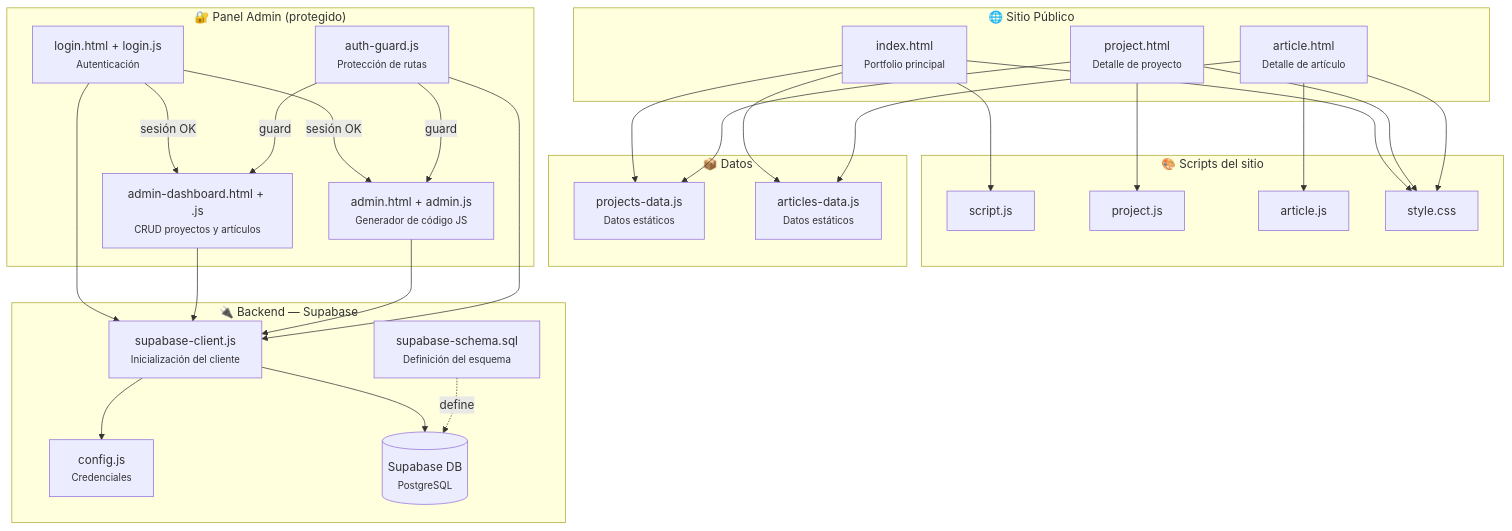
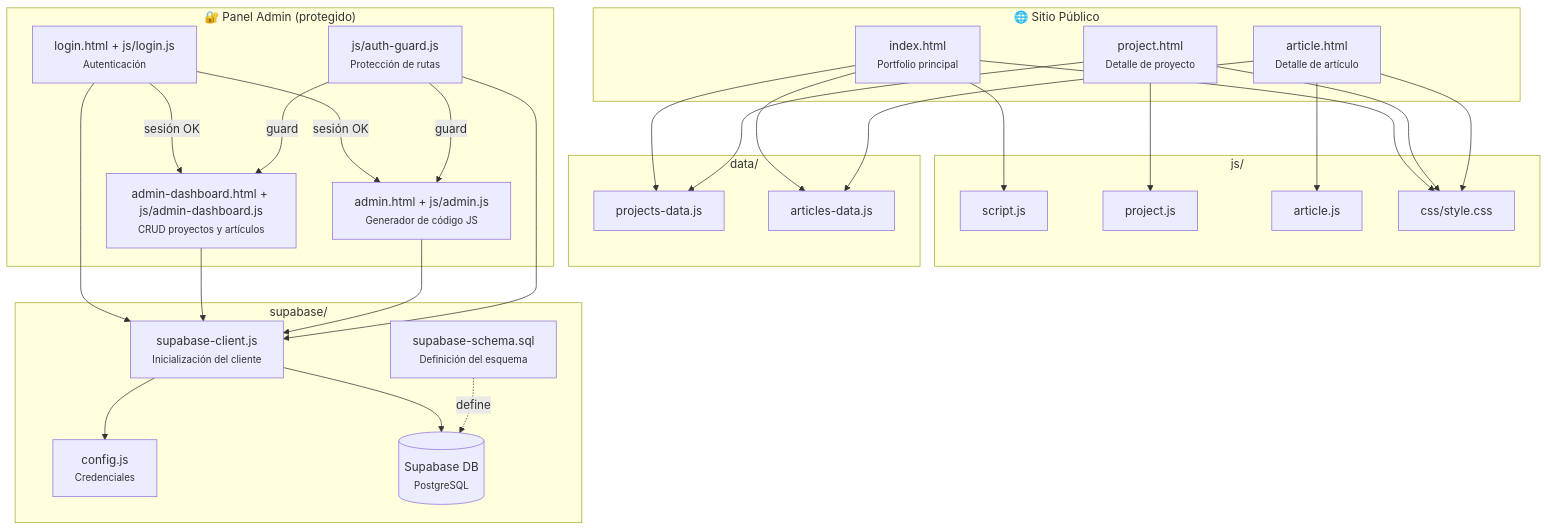
Before and after one commit to geramargonzalez/geramargonzalez.github.io: the diagram in README.md, drawn with Mermaid. The commit also changed other lines of this file and 21 other files, not shown here.

Commit message:
refactor: organize files into css/, js/, data/, supabase/ folders

````diff
--- a/README.md
+++ b/README.md
@@ -64,54 +62,54 @@
 ```mermaid
 graph TD
     subgraph PUBLIC["🌐 Sitio Público"]
         A["index.html<br/><small>Portfolio principal</small>"]
         B["project.html<br/><small>Detalle de proyecto</small>"]
         C["article.html<br/><small>Detalle de artículo</small>"]
     end
 
-    subgraph SCRIPTS["🎨 Scripts del sitio"]
+    subgraph SCRIPTS["js/"]
         D["script.js"]
         E["project.js"]
         F["article.js"]
-        G["style.css"]
+        G["css/style.css"]
     end
 
-    subgraph DATA["📦 Datos"]
-        H["projects-data.js<br/><small>Datos estáticos</small>"]
-        I["articles-data.js<br/><small>Datos estáticos</small>"]
+    subgraph DATA["data/"]
+        H["projects-data.js"]
+        I["articles-data.js"]
     end
 
     subgraph ADMIN["🔐 Panel Admin (protegido)"]
-        J["login.html + login.js<br/><small>Autenticación</small>"]
-        K["admin-dashboard.html + .js<br/><small>CRUD proyectos y artículos</small>"]
-        L["admin.html + admin.js<br/><small>Generador de código JS</small>"]
-        M["auth-guard.js<br/><small>Protección de rutas</small>"]
+        J["login.html + js/login.js<br/><small>Autenticación</small>"]
+        K["admin-dashboard.html + js/admin-dashboard.js<br/><small>CRUD proyectos y artículos</small>"]
+        L["admin.html + js/admin.js<br/><small>Generador de código JS</small>"]
+        M["js/auth-guard.js<br/><small>Protección de rutas</small>"]
     end
 
-    subgraph BACKEND["🔌 Backend — Supabase"]
+    subgraph BACKEND["supabase/"]
         N["supabase-client.js<br/><small>Inicialización del cliente</small>"]
         O["config.js<br/><small>Credenciales</small>"]
         P[("Supabase DB<br/><small>PostgreSQL</small>")]
         Q["supabase-schema.sql<br/><small>Definición del esquema</small>"]
     end
 
     A --> D & G
     B --> E & G
     C --> F & G
     A --> H & I
     B --> H
     C --> I
 
     J --> N
     K --> N
     L --> N
     M --> N
     N --> O
     N --> P
     Q -.->|define| P
 
     J -->|sesión OK| K
     J -->|sesión OK| L
     M -->|guard| K
     M -->|guard| L
 ```
````
